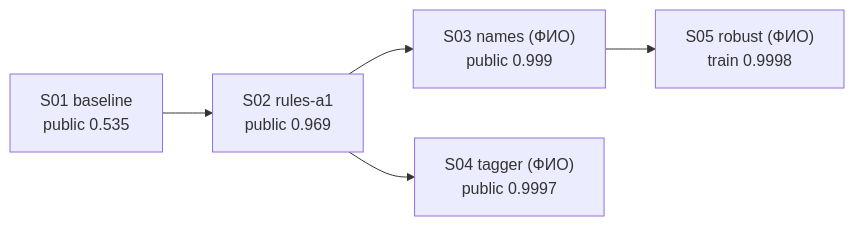
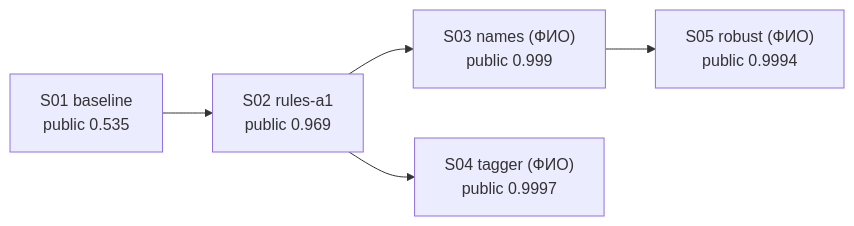
Before and after one commit to polinamiroshnichenko/masking-arena: the diagram in docs/evolution.md, drawn with Mermaid. The commit also changed other lines of this file and 6 other files, not shown here.

````diff
--- a/docs/evolution.md
+++ b/docs/evolution.md
@@ -43,7 +43,7 @@
 ```mermaid
 graph LR
   S01["S01 baseline<br/>public 0.535"] --> S02["S02 rules-a1<br/>public 0.969"]
   S02 --> S03["S03 names (ФИО)<br/>public 0.999"]
   S02 --> S04["S04 tagger (ФИО)<br/>public 0.9997"]
-  S03 --> S05["S05 robust (ФИО)<br/>train 0.9998"]
+  S03 --> S05["S05 robust (ФИО)<br/>public 0.9994"]
 ```
````
